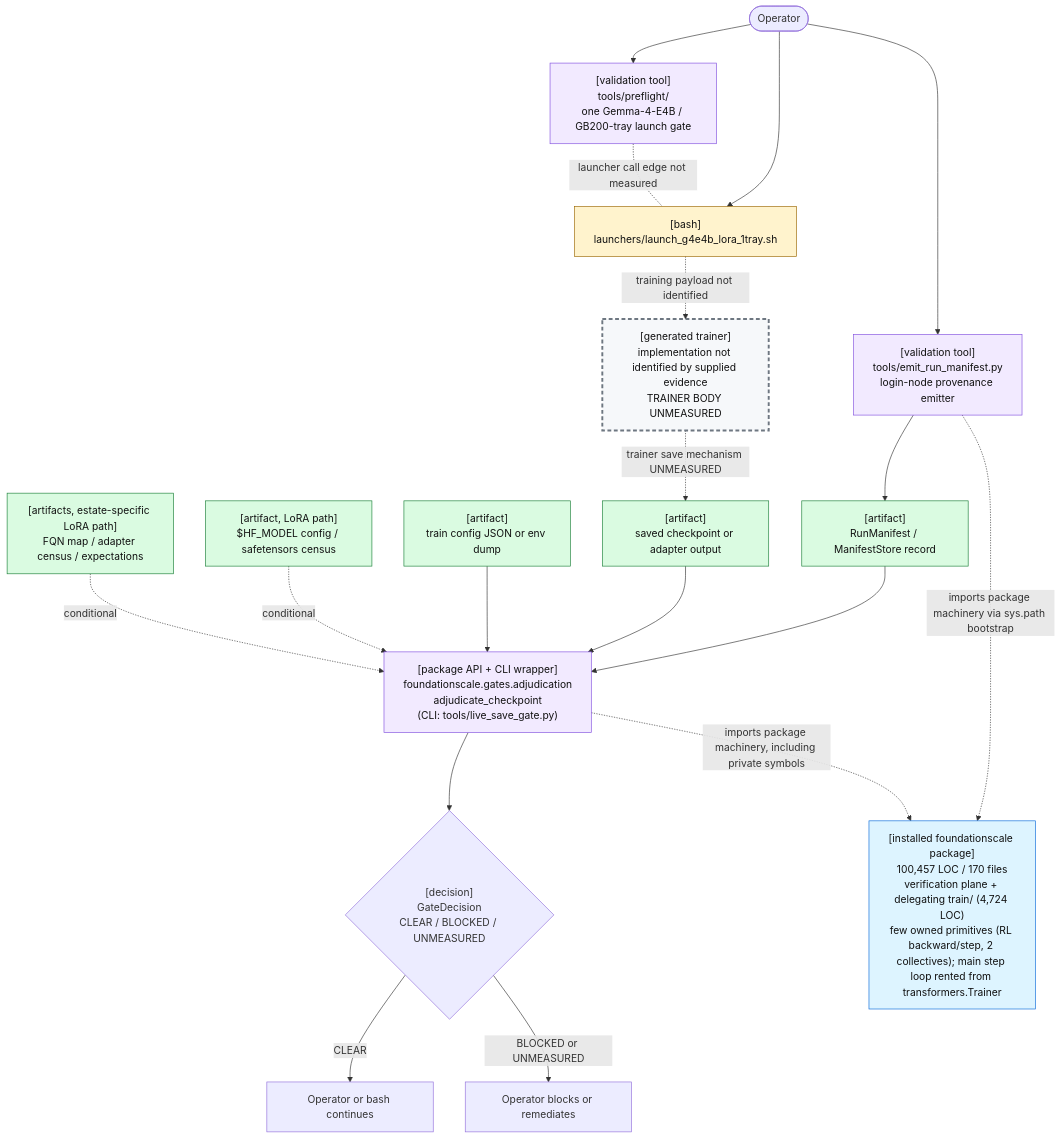
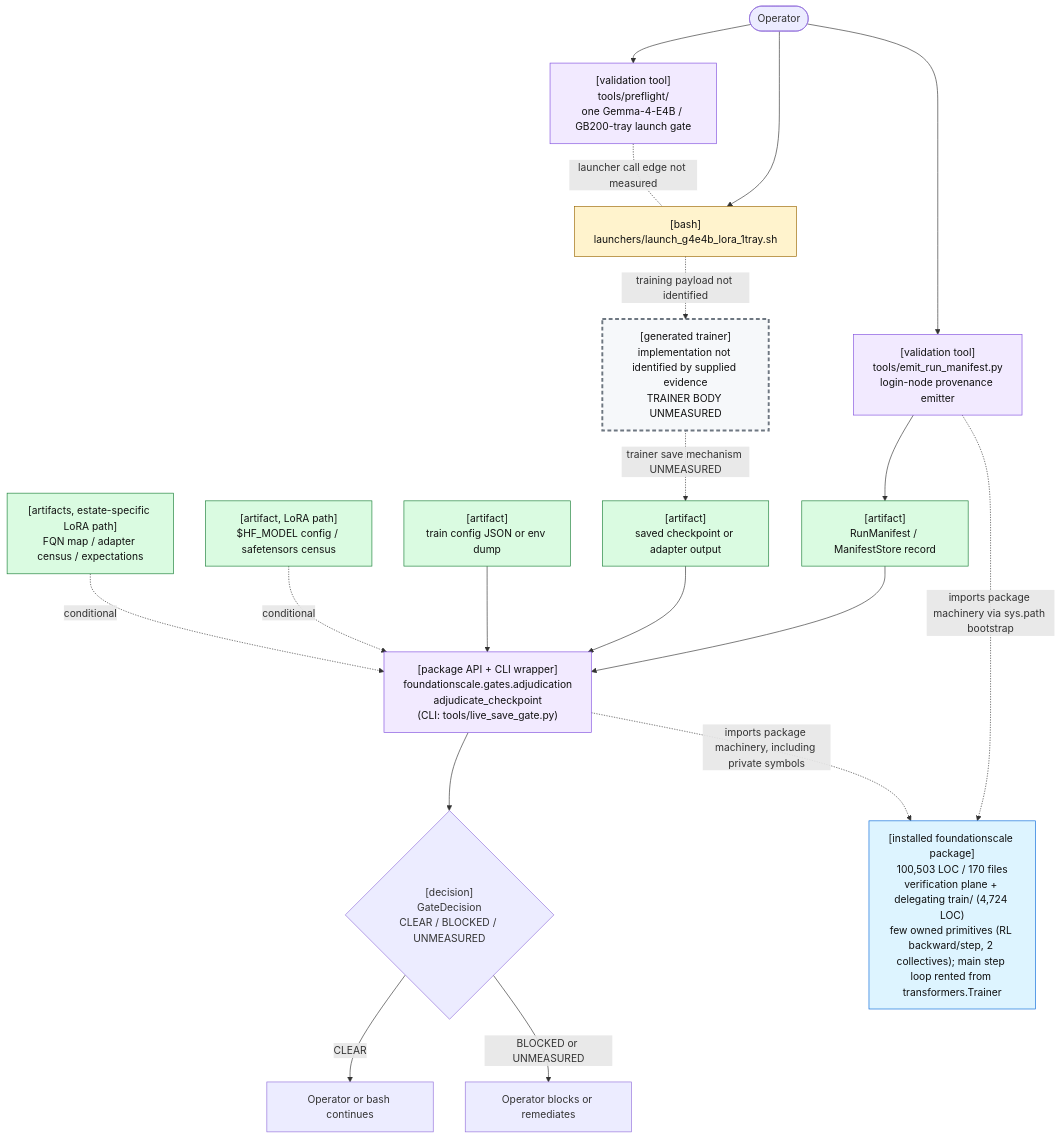
The first of 2 diagrams in docs/review/D2_current_architecture.md (TranNhiem/FoundationScale), drawn with Mermaid before and after one commit. The commit also changed other lines of this file and 10 other files, not shown here.

````diff
--- a/docs/review/D2_current_architecture.md
+++ b/docs/review/D2_current_architecture.md
@@ -25,59 +25,59 @@
 ```mermaid
 flowchart TB
   O(["Operator"])
 
   PF["[validation tool]<br/>tools/preflight/<br/>one Gemma-4-E4B / GB200-tray launch gate"]
   L["[bash]<br/>launchers/launch_g4e4b_lora_1tray.sh"]
 
   E["[validation tool]<br/>tools/emit_run_manifest.py<br/>login-node provenance emitter"]
   M["[artifact]<br/>RunManifest / ManifestStore record"]
 
   T["[generated trainer]<br/>implementation not identified by supplied evidence<br/>TRAINER BODY UNMEASURED"]
   C["[artifact]<br/>saved checkpoint or adapter output"]
 
   G["[package API + CLI wrapper]<br/>foundationscale.gates.adjudication<br/>adjudicate_checkpoint<br/>(CLI: tools/live_save_gate.py)"]
   CFG["[artifact]<br/>train config JSON or env dump"]
   BASE["[artifact, LoRA path]<br/>$HF_MODEL config / safetensors census"]
   CEN["[artifacts, estate-specific LoRA path]<br/>FQN map / adapter census / expectations"]
 
   D{"[decision]<br/>GateDecision<br/>CLEAR / BLOCKED / UNMEASURED"}
   OK["Operator or bash continues"]
   NO["Operator blocks or remediates"]
 
-  PKG["[installed foundationscale package]<br/>100,457 LOC / 170 files<br/>verification plane + delegating train/ (4,724 LOC)<br/>few owned primitives (RL backward/step, 2 collectives); main step loop rented from transformers.Trainer"]
+  PKG["[installed foundationscale package]<br/>100,503 LOC / 170 files<br/>verification plane + delegating train/ (4,724 LOC)<br/>few owned primitives (RL backward/step, 2 collectives); main step loop rented from transformers.Trainer"]
 
   O --> PF
   O --> L
   PF -. "launcher call edge not measured" .- L
 
   O --> E
   E --> M
 
   L -. "training payload not identified" .-> T
   T -. "trainer save mechanism UNMEASURED" .-> C
 
   M --> G
   C --> G
   CFG --> G
   BASE -. "conditional" .-> G
   CEN -. "conditional" .-> G
 
   E -. "imports package machinery via sys.path bootstrap" .-> PKG
   G -. "imports package machinery, including private symbols" .-> PKG
 
   G --> D
   D -->|"CLEAR"| OK
   D -->|"BLOCKED or UNMEASURED"| NO
 
   classDef bash fill:#fff3cd,stroke:#9a6700,color:#111;
   classDef tool fill:#f2eaff,stroke:#8250df,color:#111;
   classDef artifact fill:#dafbe1,stroke:#1a7f37,color:#111;
   classDef gap fill:#f6f8fa,stroke:#6e7781,stroke-width:3px,stroke-dasharray: 6 4,color:#111;
   classDef pkg fill:#ddf4ff,stroke:#0969da,color:#111;
 
   class L bash;
   class PF,E,G tool;
   class M,C,CFG,BASE,CEN artifact;
   class T gap;
   class PKG pkg;
 ```
````
